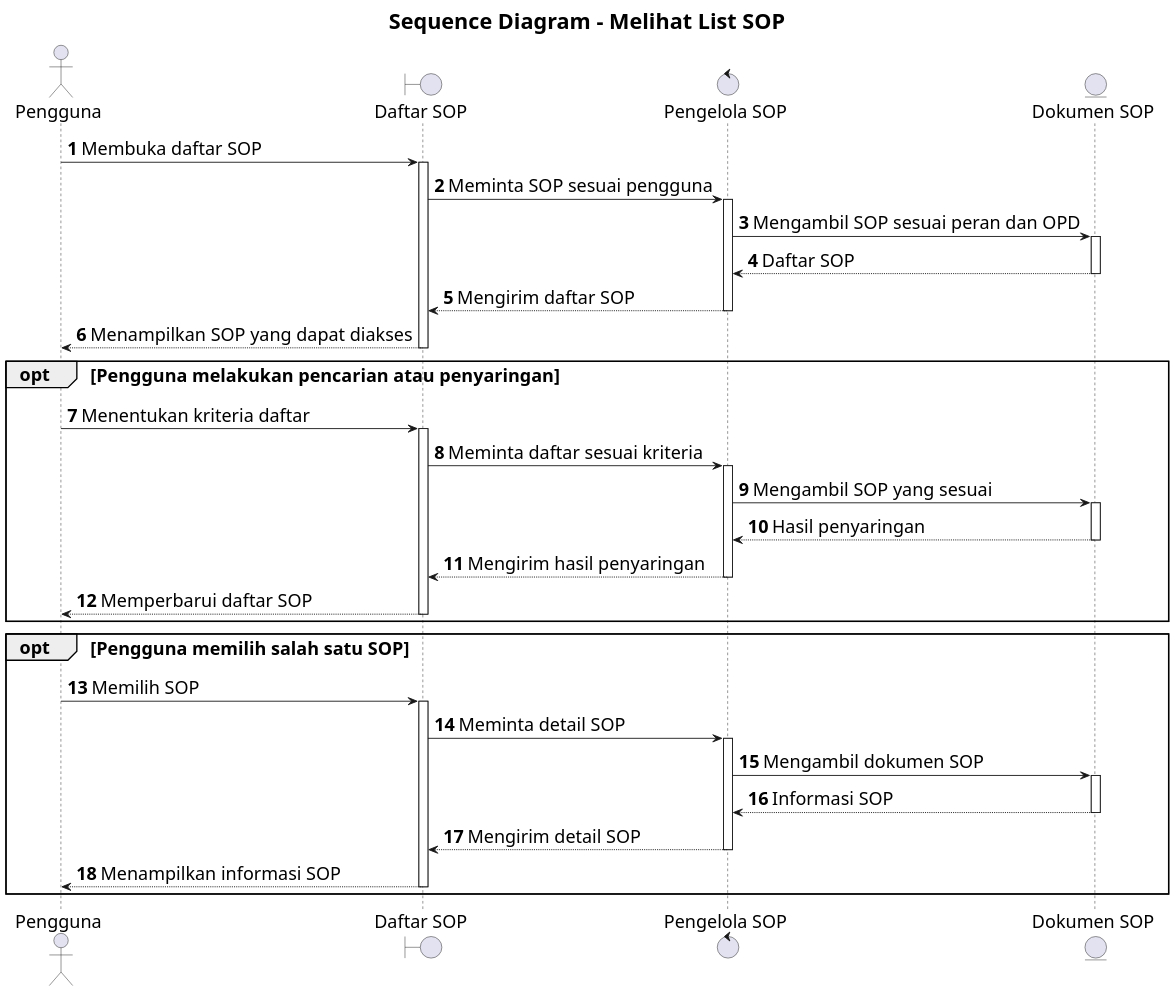
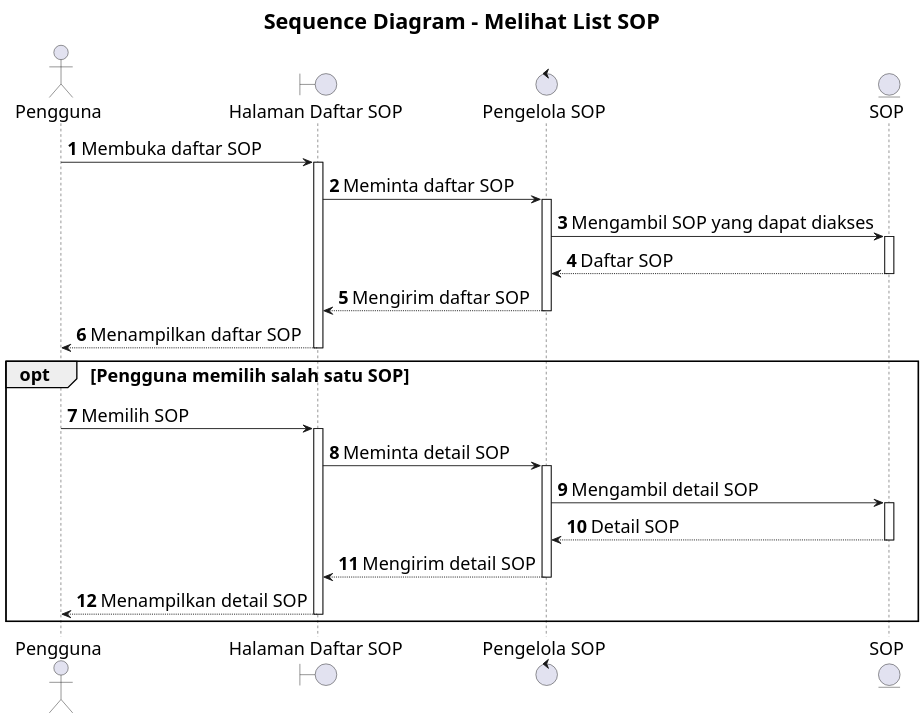
The diagram in docs/sequence/lampiran/seluruh-pengguna-melihat-list-sop.md (howlil/sop-generate-app), drawn with PlantUML before and after one commit. The commit also changed other lines of this file and 20 other files, not shown here.

Commit message:
docs(sequence): simplify interaction detail across use cases

````diff
--- a/docs/sequence/lampiran/seluruh-pengguna-melihat-list-sop.md
+++ b/docs/sequence/lampiran/seluruh-pengguna-melihat-list-sop.md
@@ -16,42 +16,33 @@
 ```plantuml
 @startuml
 skinparam defaultFontSize 20
 skinparam titleFontSize 24
 skinparam dpi 160
 
 title Sequence Diagram - Melihat List SOP
 autonumber
 autoactivate on
 
 actor "Pengguna" as A
-boundary "Daftar SOP" as B
+boundary "Halaman Daftar SOP" as B
 control "Pengelola SOP" as C
-entity "Dokumen SOP" as D
+entity "SOP" as D
 
 A -> B : Membuka daftar SOP
-B -> C : Meminta SOP sesuai pengguna
-C -> D : Mengambil SOP sesuai peran dan OPD
+B -> C : Meminta daftar SOP
+C -> D : Mengambil SOP yang dapat diakses
 D --> C : Daftar SOP
 C --> B : Mengirim daftar SOP
-B --> A : Menampilkan SOP yang dapat diakses
-
-opt Pengguna melakukan pencarian atau penyaringan
-  A -> B : Menentukan kriteria daftar
-  B -> C : Meminta daftar sesuai kriteria
-  C -> D : Mengambil SOP yang sesuai
-  D --> C : Hasil penyaringan
-  C --> B : Mengirim hasil penyaringan
-  B --> A : Memperbarui daftar SOP
-end
+B --> A : Menampilkan daftar SOP
 
 opt Pengguna memilih salah satu SOP
   A -> B : Memilih SOP
   B -> C : Meminta detail SOP
-  C -> D : Mengambil dokumen SOP
-  D --> C : Informasi SOP
+  C -> D : Mengambil detail SOP
+  D --> C : Detail SOP
   C --> B : Mengirim detail SOP
-  B --> A : Menampilkan informasi SOP
+  B --> A : Menampilkan detail SOP
 end
 
 @enduml
 ```
````
